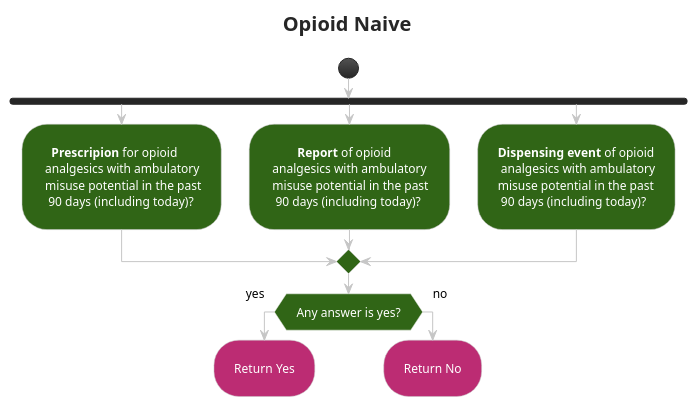
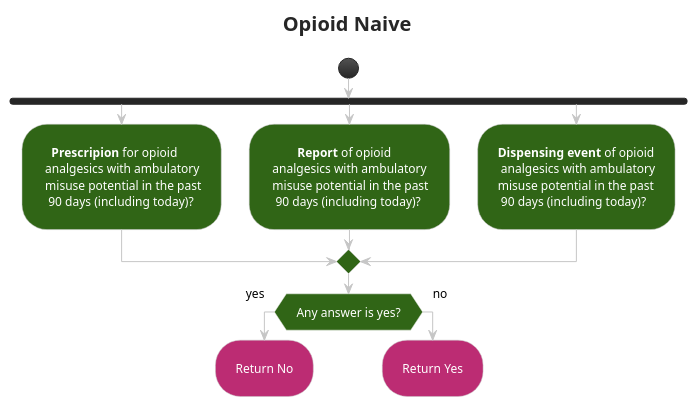
Before and after one commit to security-rs/opioid-cds-r4: the diagram in input/images-source/subroutine_opioid_naive.plantuml, drawn with PlantUML. The commit also changed other lines of this file, not shown here.

```diff
--- a/input/images-source/subroutine_opioid_naive.plantuml
+++ b/input/images-source/subroutine_opioid_naive.plantuml
@@ -1,31 +1,31 @@
 @startuml subroutine_opioid_naive
 !theme carbon-gray
 skinparam ActivityBackgroundColor #306516
 <style>
 activityDiagram {
  FontColor white
  RoundCorner 50
  arrow {
   FontColor: Black
  }
  diamond {
   BackgroundColor #306516
  }
 }
 </style>
 title Opioid Naive
 start
 fork
 :   **Prescripion** for opioid \n analgesics with ambulatory\n misuse potential in the past\n  90 days (including today)?;
 fork again
 :         **Report** of opioid \n analgesics with ambulatory \n misuse potential in the past\n  90 days (including today)?;
 fork again
 :**Dispensing event** of opioid\n analgesics with ambulatory\nmisuse potential in the past\n 90 days (including today)?;
 end merge
 if (Any answer is yes?) then (yes)
+#BC2C73:Return No;
+kill
+else (no)
 #BC2C73:Return Yes;
 kill
-else (no)
-#BC2C73:Return No;
-kill
 @enduml
```
